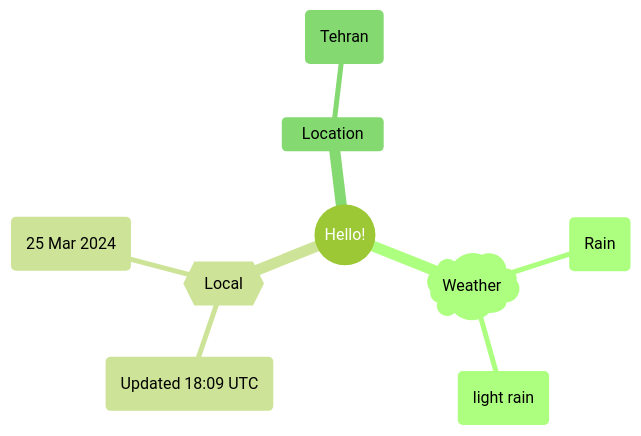
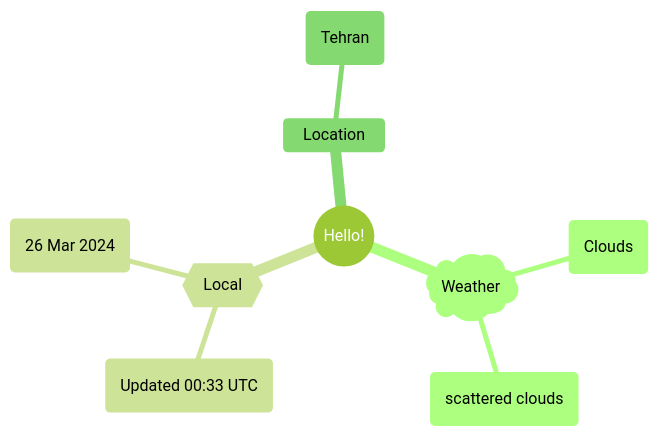
The first of 2 diagrams in README.md (Xosrov/Xosrov), drawn with Mermaid (forest theme) before and after one commit.

Commit message:
[bot] updated images

````diff
--- a/README.md
+++ b/README.md
@@ -3,12 +3,12 @@
 ```mermaid
 mindmap
   root((Hello!))
     )Weather(
-        (Rain)
-        (light rain)
+        (Clouds)
+        (scattered clouds)
     {{Local}}
-        (Updated 18:09 UTC)
-        (25 Mar 2024)
+        (Updated 00:33 UTC)
+        (26 Mar 2024)
     Location
         (Tehran)
 ```
````
